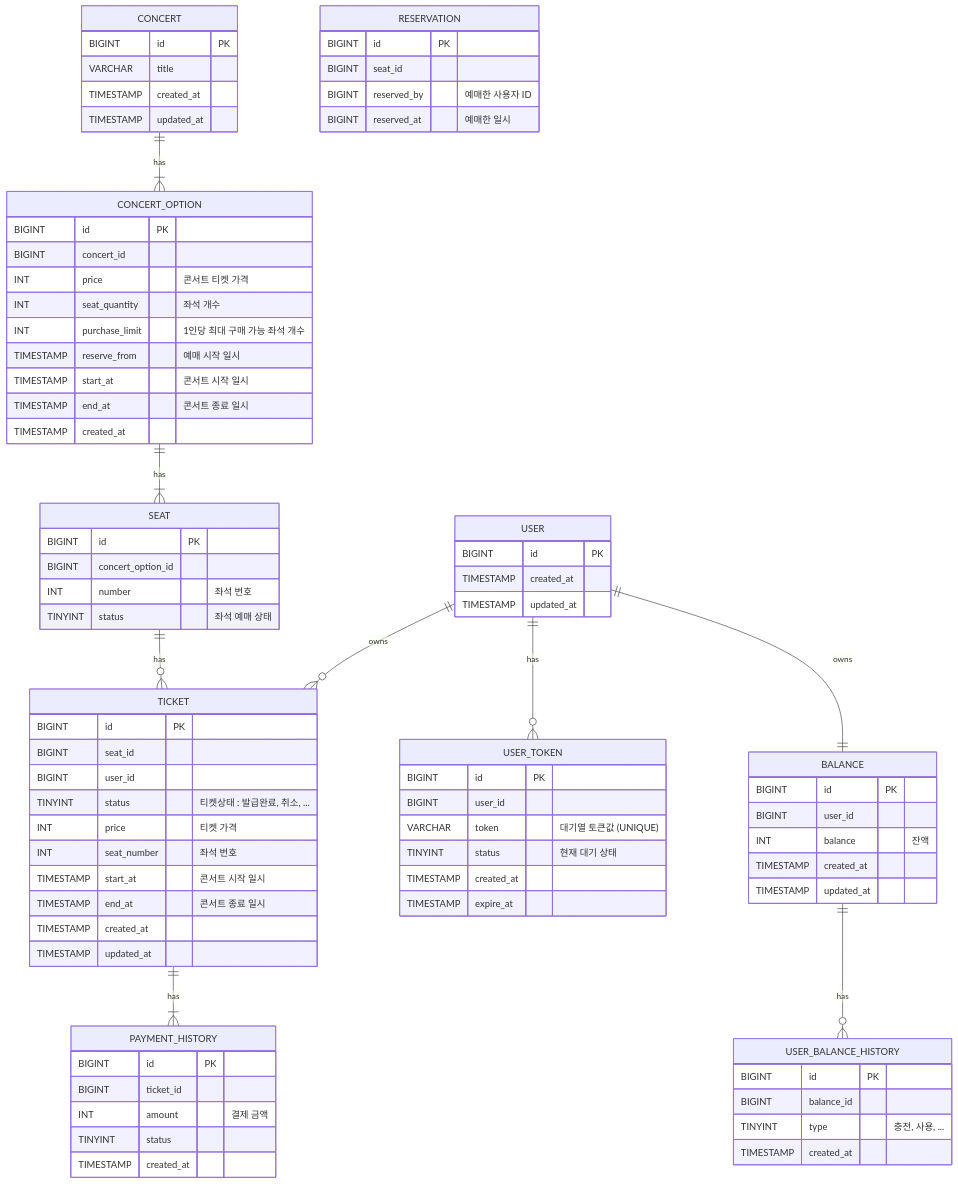
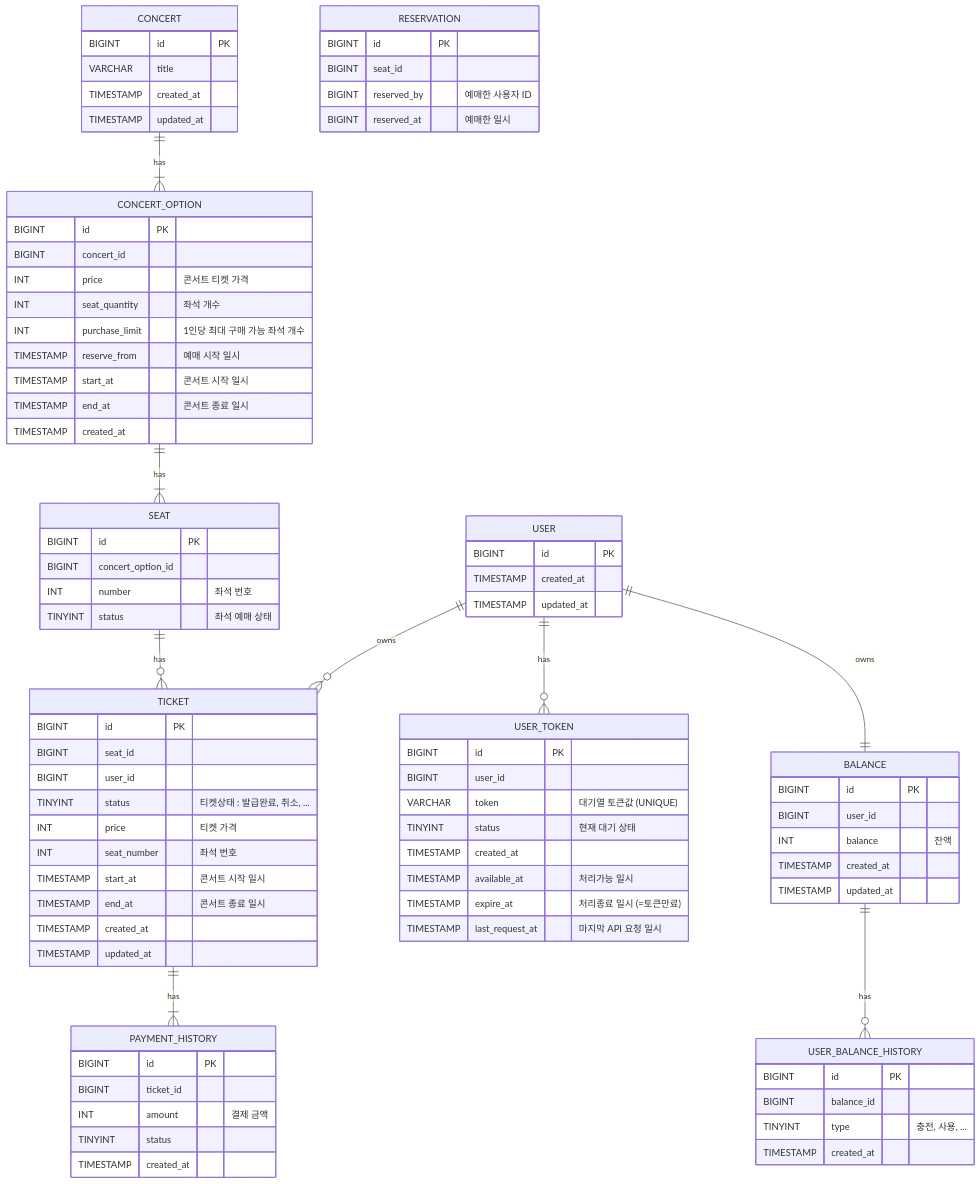
Before and after one commit to vvoohhee/concert-system: the diagram in document/diagram/erd/erd.md, drawn with Mermaid. The commit also changed 18 other files, not shown here.

```diff
--- a/document/diagram/erd/erd.md
+++ b/document/diagram/erd/erd.md
@@ -27,7 +27,9 @@
         VARCHAR token "대기열 토큰값 (UNIQUE)"
         TINYINT status "현재 대기 상태"
         TIMESTAMP created_at
-        TIMESTAMP expire_at
+        TIMESTAMP available_at "처리가능 일시"
+        TIMESTAMP expire_at "처리종료 일시 (=토큰만료)"
+        TIMESTAMP last_request_at "마지막 API 요청 일시"
     }
 
     CONCERT {
```
